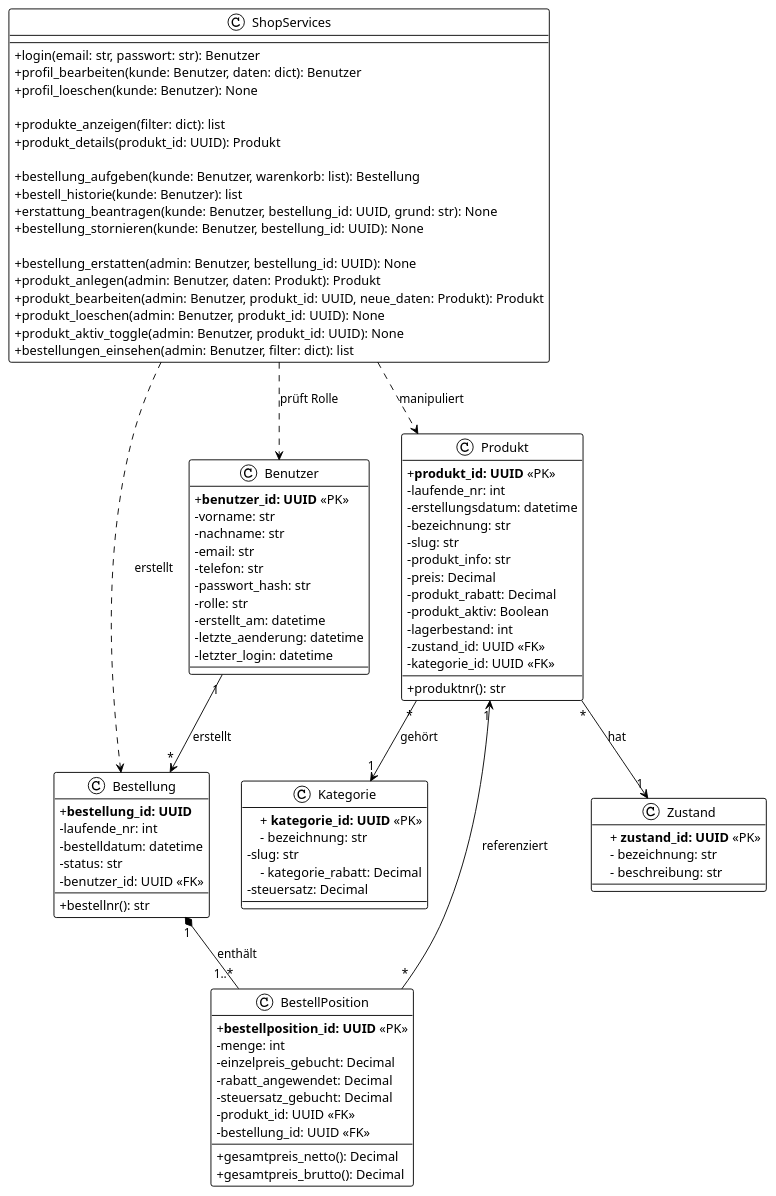
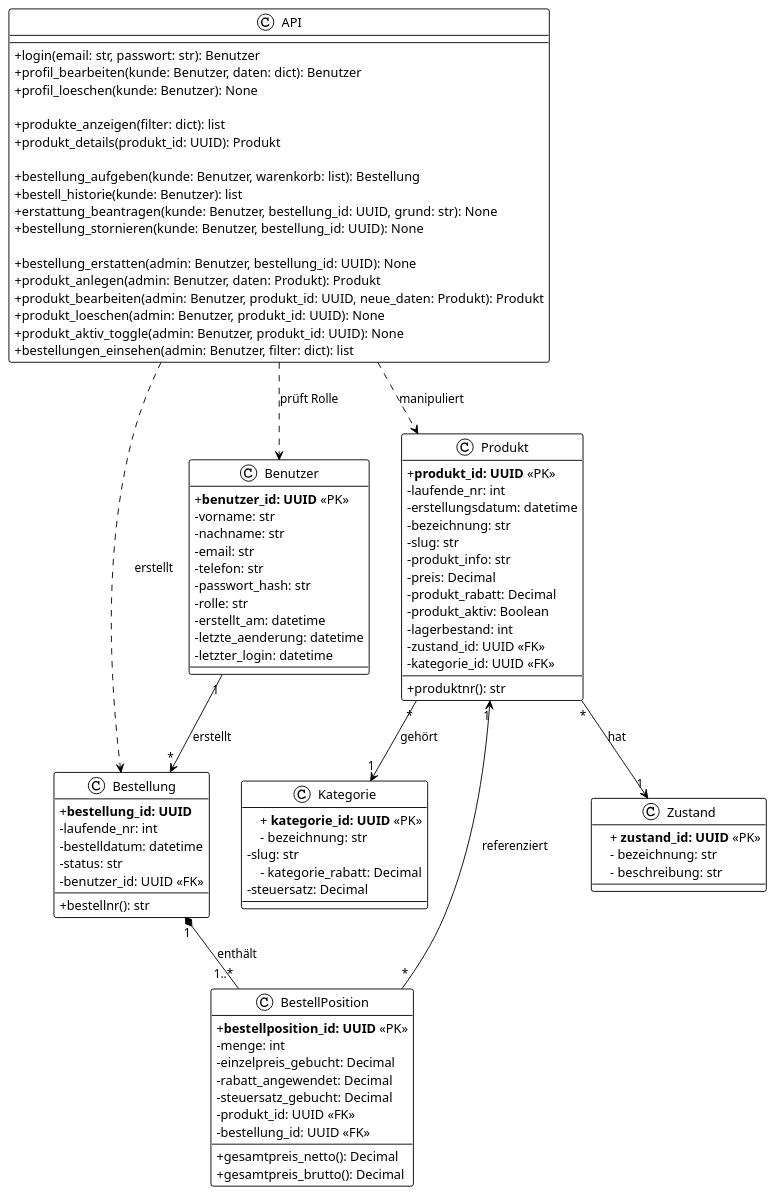
The fifth of 5 diagrams in docs/thriftshop_dokumentation.md (marcelo-ruediger/thriftshop), drawn with PlantUML before and after one commit. The commit also changed other lines of this file and 21 other files, not shown here.

````diff
--- a/docs/thriftshop_dokumentation.md
+++ b/docs/thriftshop_dokumentation.md
@@ -512,7 +512,7 @@
 
 ' --- LOGIK-SCHICHT (Methoden - Hier passiert die Arbeit) ---
 
-class ShopServices {
+class API {
     ---
     ' --- Authentifizierung und Profil ---
     + login(email: str, passwort: str): Benutzer
@@ -545,9 +545,9 @@
 Produkt "*" --> "1" Kategorie : gehört
 Produkt "*" --> "1" Zustand : hat
 
-ShopServices ..> Bestellung : erstellt
-ShopServices ..> Benutzer : prüft Rolle
-ShopServices ..> Produkt : manipuliert
+API ..> Bestellung : erstellt
+API ..> Benutzer : prüft Rolle
+API ..> Produkt : manipuliert
 
 @enduml
 ```
````
